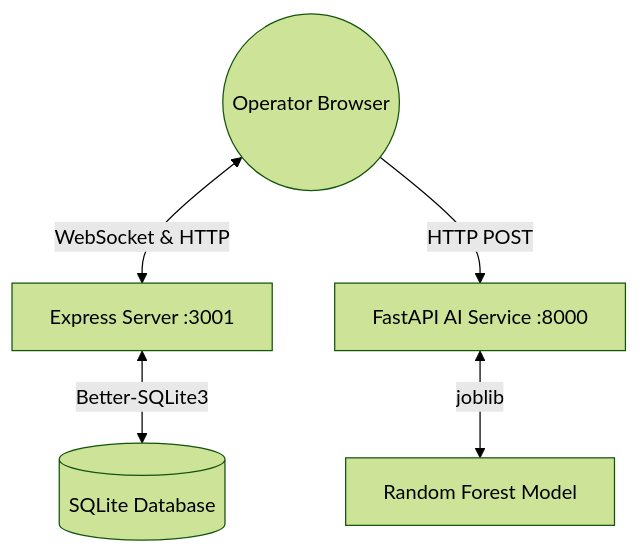
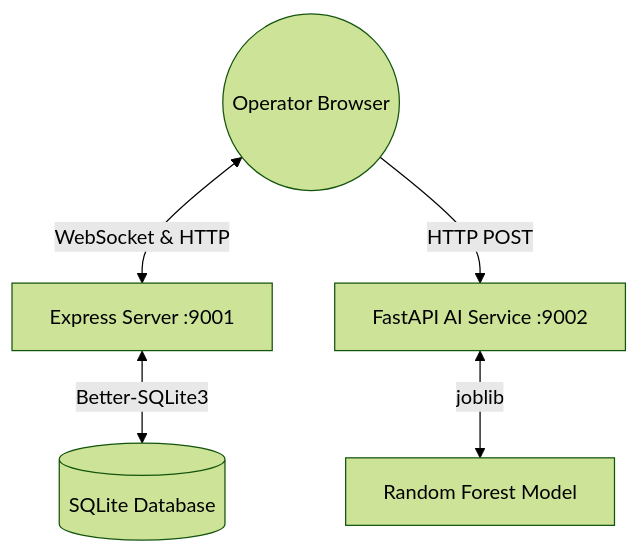
Before and after one commit to obstinix/aerosync: the diagram in README.md, drawn with Mermaid (forest theme). The commit also changed other lines of this file, not shown here.

Commit message:
docs: upgrade README with architecture, custom port guide, and API specs

````diff
--- a/README.md
+++ b/README.md
@@ -11,7 +11,7 @@
 ```mermaid
 graph TD
-  User((Operator Browser)) <-->|WebSocket & HTTP| Express[Express Server :3001]
+  User((Operator Browser)) <-->|WebSocket & HTTP| Express[Express Server :9001]
   Express <-->|Better-SQLite3| DB[(SQLite Database)]
-  User -->|HTTP POST| FastAPI[FastAPI AI Service :8000]
+  User -->|HTTP POST| FastAPI[FastAPI AI Service :9002]
   FastAPI <-->|joblib| RF[Random Forest Model]
 ```
````
